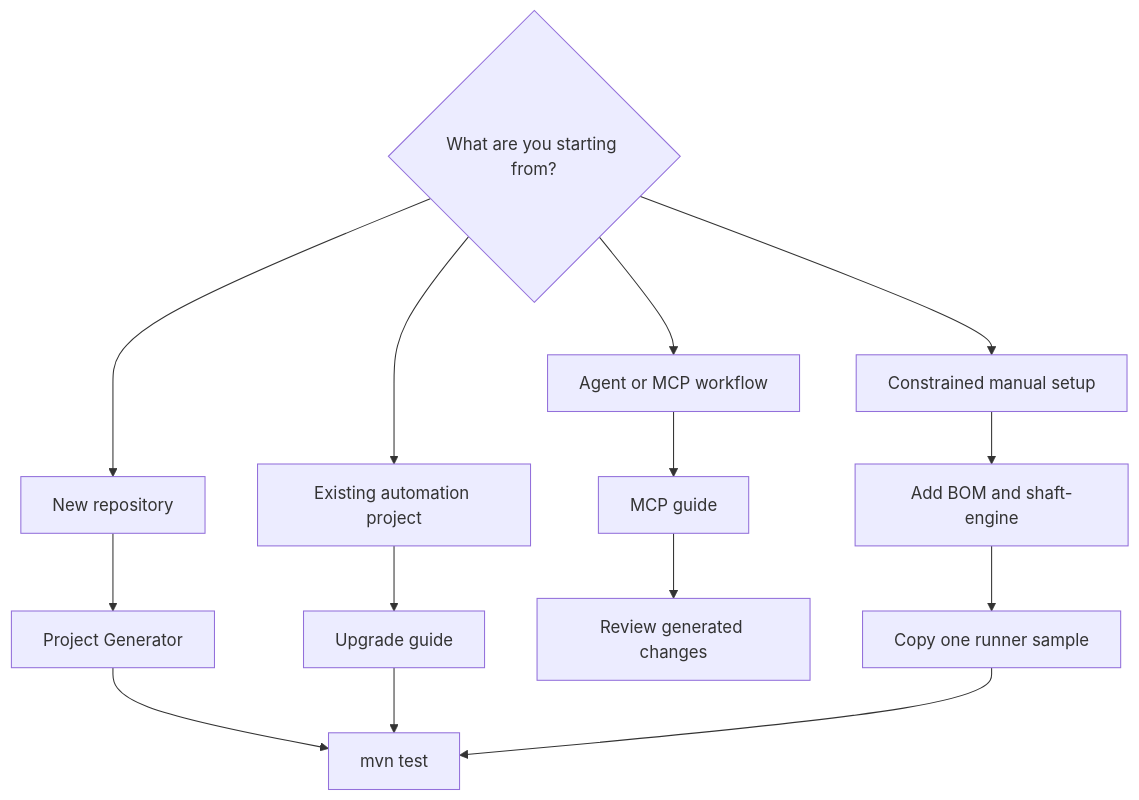
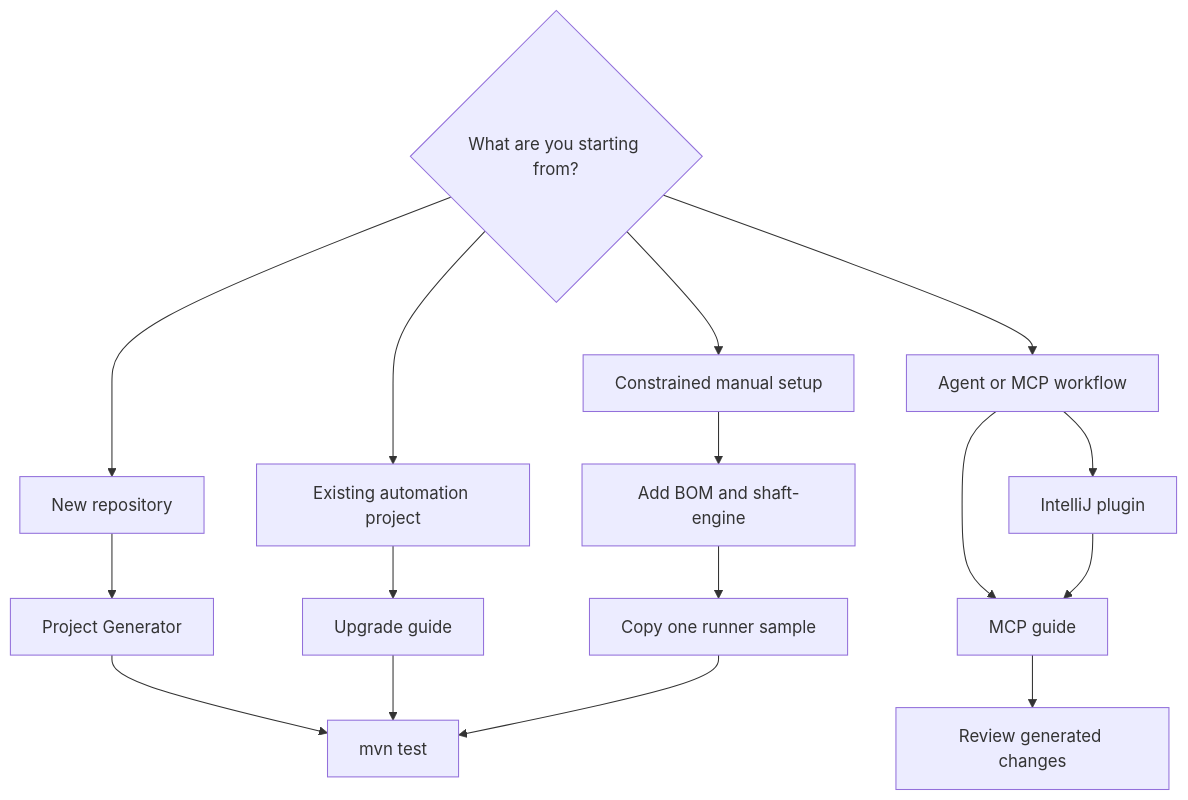
One commit to ShaftHQ/shafthq.github.io changed the diagram in docs/start/quick-start.mdx. Above: the diagram before and after it, drawn with Mermaid. The commit also changed other lines of this file and 9 other files, not shown here.

````diff
--- a/docs/start/quick-start.mdx
+++ b/docs/start/quick-start.mdx
@@ -47,17 +47,19 @@
 ```mermaid
 flowchart TD
     Goal{"What are you starting from?"}
     Goal --> New["New repository"]
     Goal --> Existing["Existing automation project"]
     Goal --> Agent["Agent or MCP workflow"]
     Goal --> Manual["Constrained manual setup"]
     New --> Generator["Project Generator"]
     Existing --> Upgrade["Upgrade guide"]
+    Agent --> IntelliJ["IntelliJ plugin"]
     Agent --> MCP["MCP guide"]
+    IntelliJ --> MCP
     Manual --> Dependencies["Add BOM and shaft-engine"]
     Generator --> Run["mvn test"]
     Upgrade --> Run
     MCP --> Review["Review generated changes"]
     Dependencies --> Sample["Copy one runner sample"]
     Sample --> Run
 ```
````
